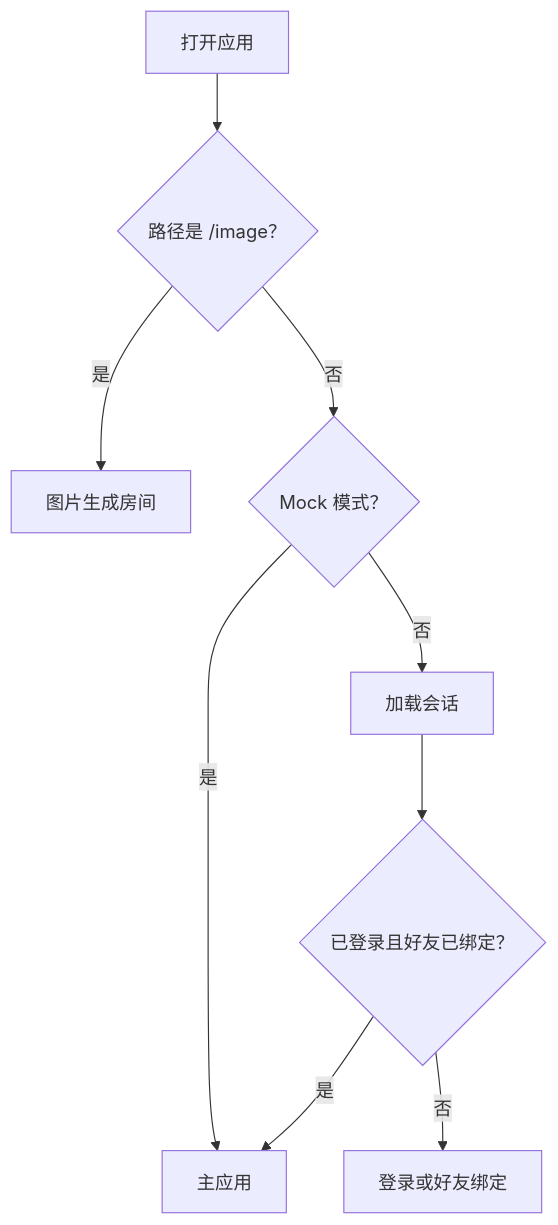
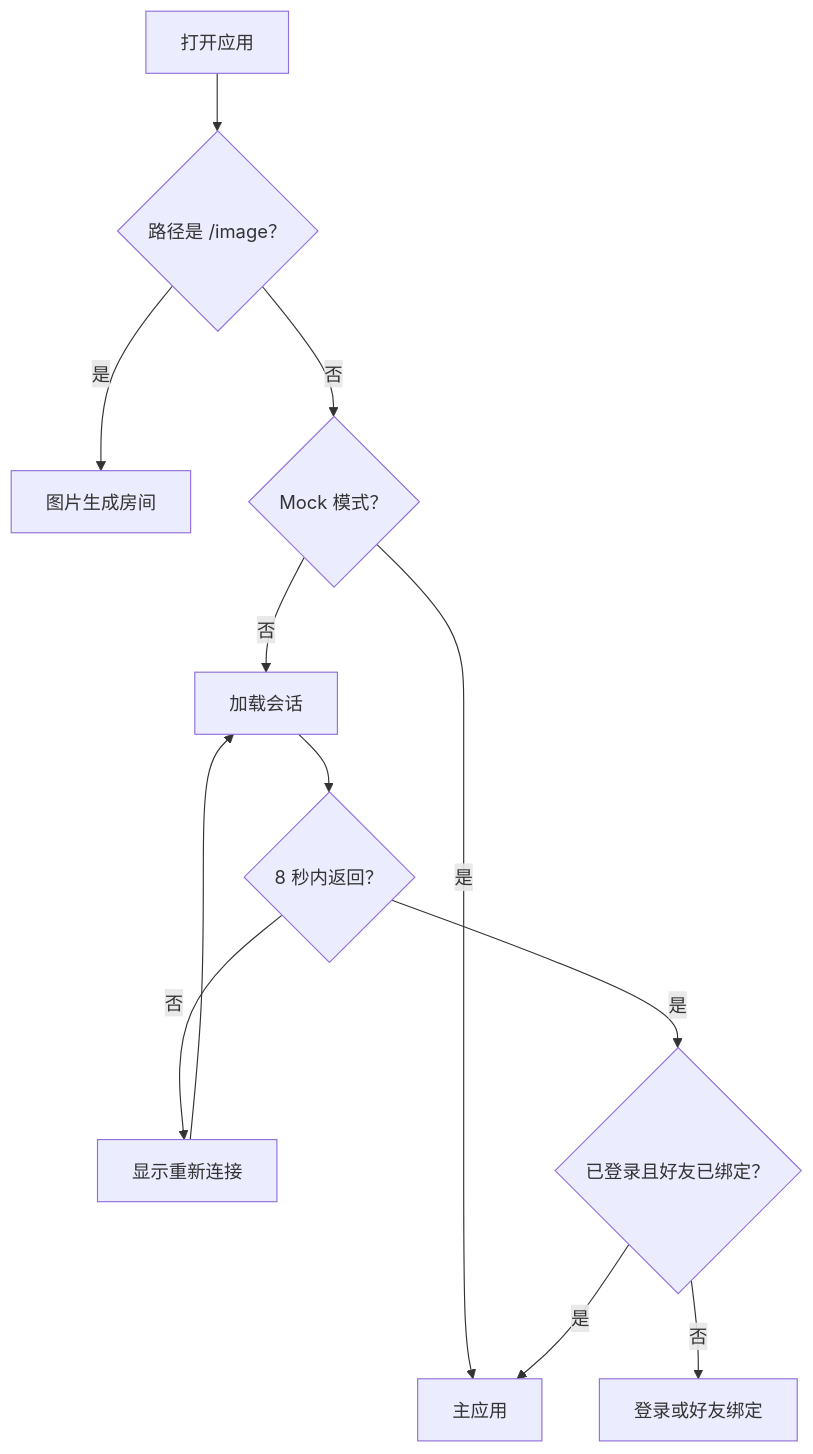
Before and after one commit to SuperKingC/Pet10: the diagram in docs/features/app-navigation.md, drawn with Mermaid. The commit also changed other lines of this file and 21 other files, not shown here.

````diff
--- a/docs/features/app-navigation.md
+++ b/docs/features/app-navigation.md
@@ -7,11 +7,14 @@
 ```mermaid
 flowchart TD
   A["打开应用"] --> B{"路径是 /image？"}
   B -->|"是"| C["图片生成房间"]
   B -->|"否"| D{"Mock 模式？"}
   D -->|"是"| E["主应用"]
   D -->|"否"| F["加载会话"]
-  F --> G{"已登录且好友已绑定？"}
+  F --> T{"8 秒内返回？"}
+  T -->|"否"| R["显示重新连接"]
+  T -->|"是"| G{"已登录且好友已绑定？"}
+  R --> F
   G -->|"否"| H["登录或好友绑定"]
   G -->|"是"| E
 ```
````
